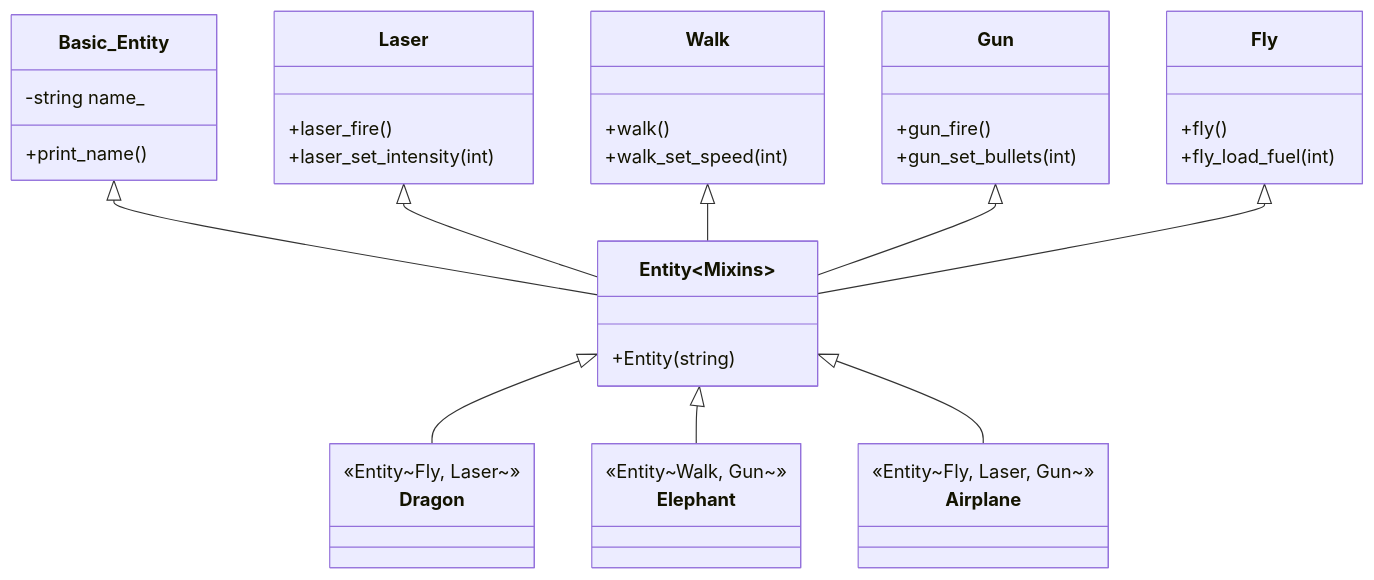
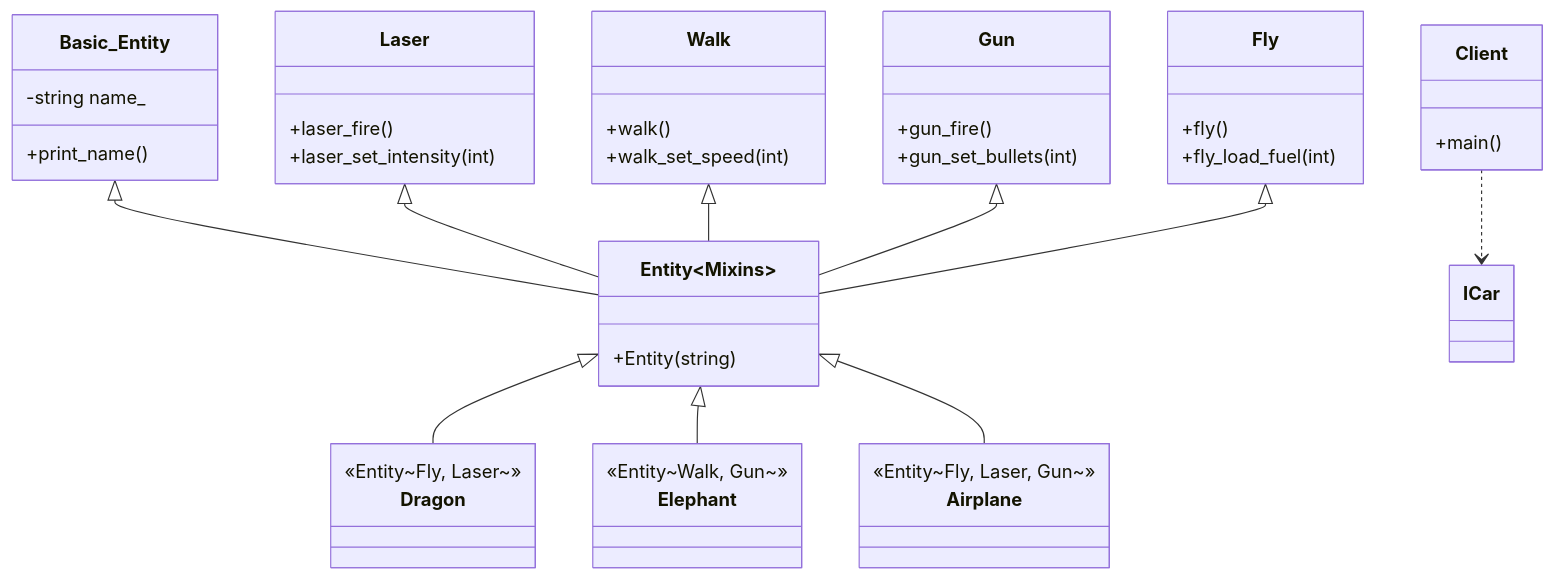
One commit to Cichlidfishexigency721/Modern-CPP-Design-Patterns changed the diagram in 15_Mixin/01_Simple/diagram.md. Above: the diagram before and after it, drawn with Mermaid. The commit also changed 1 other file, not shown here.

Commit message:
UML improvement

````diff
--- a/15_Mixin/01_Simple/diagram.md
+++ b/15_Mixin/01_Simple/diagram.md
@@ -3,49 +3,56 @@
 ```mermaid
 classDiagram
    class Basic_Entity {
       -string name_
       +print_name()
    }
 
    class Laser {
       +laser_fire()
       +laser_set_intensity(int)
    }
 
    class Walk {
       +walk()
       +walk_set_speed(int)
    }
 
    class Gun {
       +gun_fire()
       +gun_set_bullets(int)
    }
 
    class Fly {
       +fly()
       +fly_load_fuel(int)
    }
 
    class Entity~Mixins~ {
       +Entity(string)
    }
 
+   class Client {
+      +main()
+   }
+
    %% Specific Entities defined by type aliases in the code
    class Dragon { <<Entity~Fly, Laser~>> }
    class Elephant { <<Entity~Walk, Gun~>> }
    class Airplane { <<Entity~Fly, Laser, Gun~>> }
 
    %% Multiple Inheritance (Horizontal Composition)
    %% Inheritance arrows do not use multiplicity numbers
    Basic_Entity <|-- Entity~Mixins~
    Laser <|-- Entity~Mixins~
    Walk <|-- Entity~Mixins~
    Gun <|-- Entity~Mixins~
    Fly <|-- Entity~Mixins~
 
    %% Relationships for specific types
    Entity~Mixins~ <|-- Dragon
    Entity~Mixins~ <|-- Elephant
    Entity~Mixins~ <|-- Airplane
+
+   %% Dependency - No numbers
+   Client ..> ICar
 ```
````
